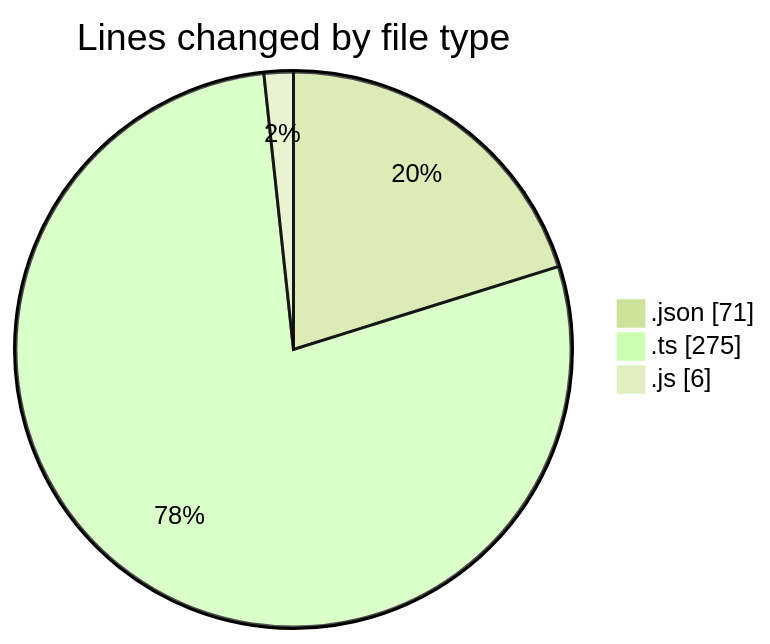
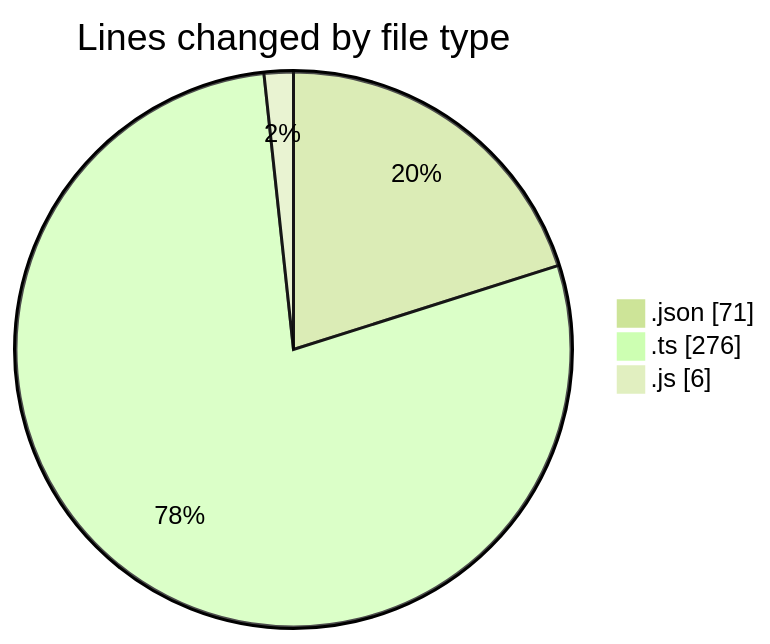
The first of 2 diagrams in 2025-02-06/cda/README.md (momahboobian/code-tracking), drawn with Mermaid (forest theme) before and after one commit. The commit also changed other lines of this file and 1 other file, not shown here.

````diff
--- a/2025-02-06/cda/README.md
+++ b/2025-02-06/cda/README.md
@@ -25,7 +25,7 @@
 ```mermaid
 pie showData
 title Lines changed by file type
 ".json" : 71
-".ts" : 275
+".ts" : 276
 ".js" : 6
 ```
````
